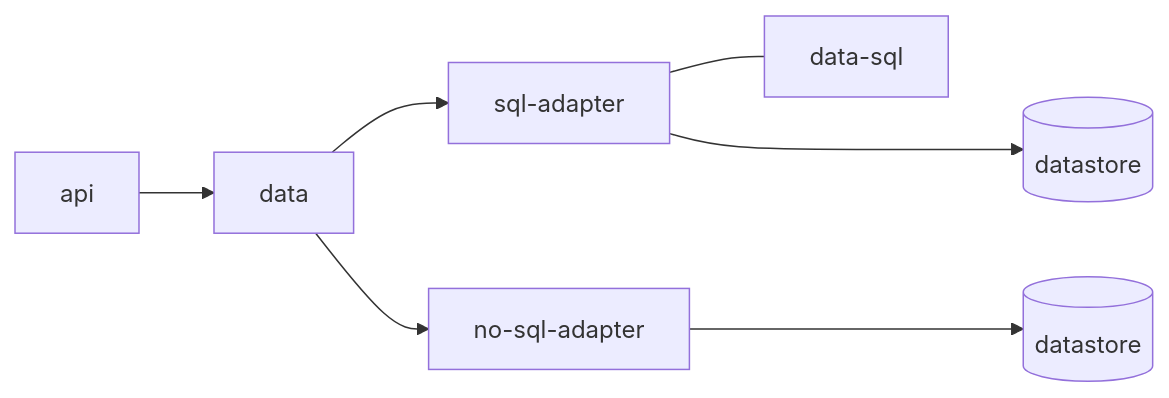
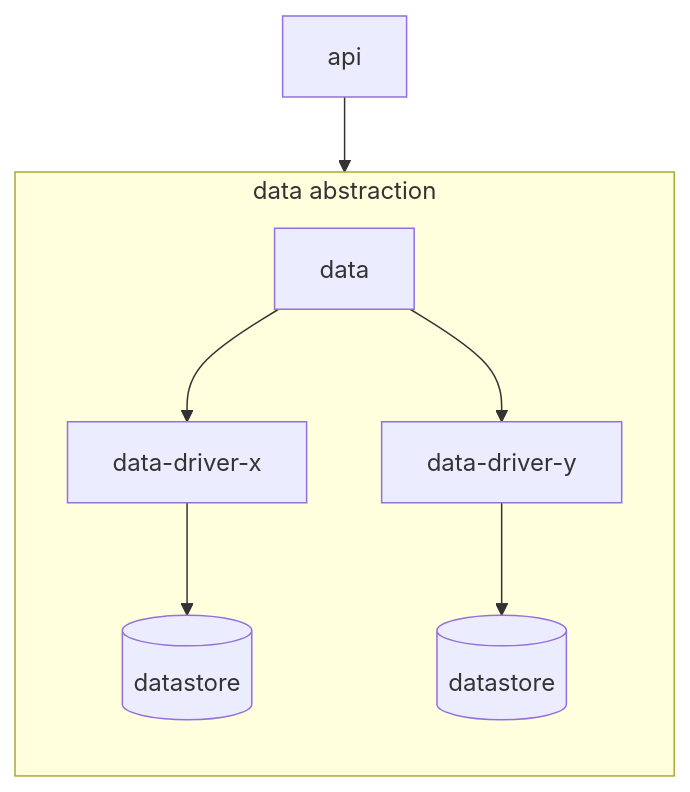
The diagram in packages/data/readme.md (directus/directus), drawn with Mermaid before and after one commit. The commit also changed other lines of this file and 139 other files, not shown here.

First line of the commit message:
Data abstraction: Field selection, modifiers and m2o for PostgreSQL driver   (#19146)

````diff
--- a/packages/data/readme.md
+++ b/packages/data/readme.md
@@ -69,9 +52,9 @@
 ```mermaid
-graph LR;
+graph TB;
     api --> data
-    data --> sql-adapter
-    data --> no-sql-adapter
-	sql-adapter ---> db1[(datastore)]
-	sql-adapter  --- data-sql
-	no-sql-adapter ---> db2[(datastore)]
+	subgraph da[data abstraction]
+		direction TB
+		data --> data-driver-x --> db1[(datastore)]
+		data --> data-driver-y --> db2[(datastore)]
+	end
 ```
````
